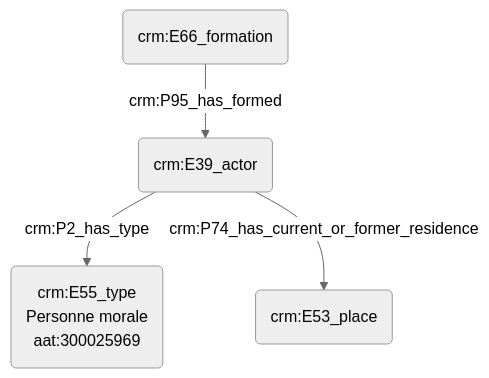
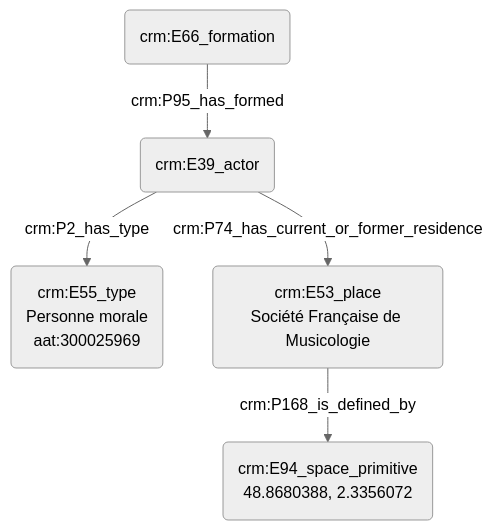
The diagram in modules/livrables/Dossier 2/Indexation conceptuelle/désignation d'une personne morale.md (Amleth/consortium-musica2-gt2-ontologies), drawn with Mermaid (neutral theme) before and after one commit.

Commit message:
Update désignation d'une personne morale.md

````diff
--- a/modules/livrables/Dossier 2/Indexation conceptuelle/désignation d'une personne morale.md
+++ b/modules/livrables/Dossier 2/Indexation conceptuelle/désignation d'une personne morale.md
@@ -11,8 +11,10 @@
 ```mermaid
 graph TD;
 
 A(crm:E39_actor) --> |crm:P2_has_type| B(crm:E55_type<br>Personne morale<br>aat:300025969)
 C(crm:E66_formation) --> |crm:P95_has_formed| A(crm:E39_actor)
-A(crm:E39_actor) -->|crm:P74_has_current_or_former_residence| D(crm:E53_place)
+A(crm:E39_actor) -->|crm:P74_has_current_or_former_residence| D(crm:E53_place<br>Société Française de Musicologie)
+D(crm:E53_place<br>Société Française de Musicologie) --> |crm:P168_is_defined_by| E(crm:E94_space_primitive<br>48.8680388, 2.3356072)
+
 
 ```
````
